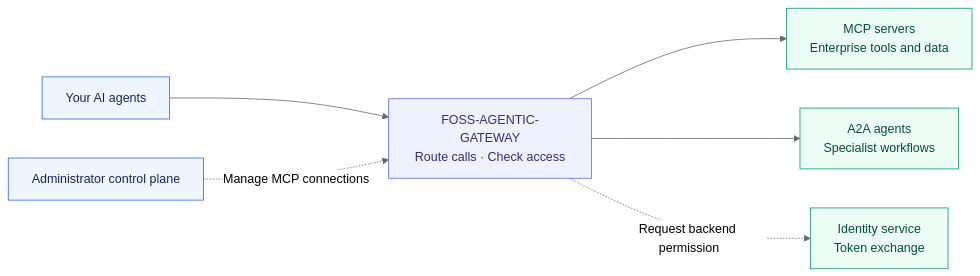
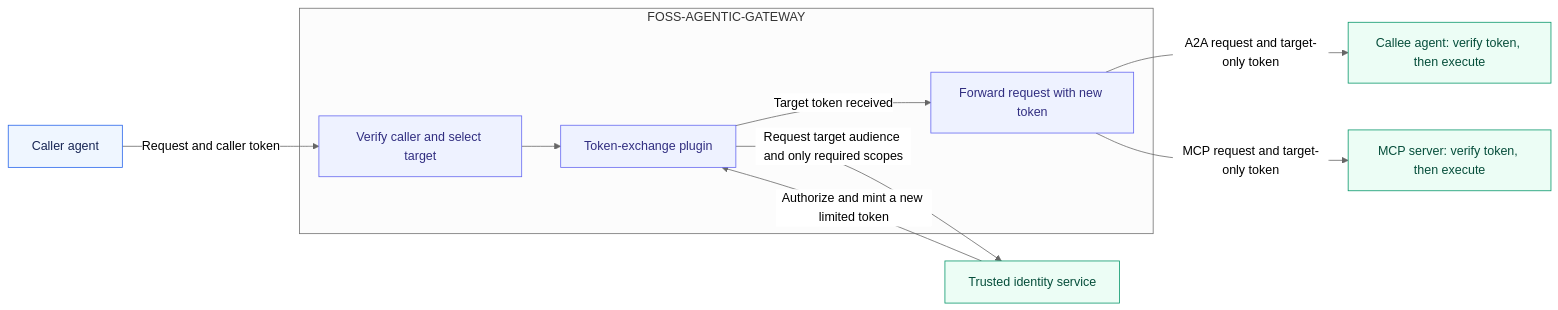
Before and after one commit to sanketrk/FOSS-AGENTIC-GATEWAY: the first of 3 diagrams in README.md, drawn with Mermaid (neutral theme). The commit also changed other lines of this file and 1 other file, not shown here.

Commit message:
Correct exchange diagrams to show issuance return and callee verification

````diff
--- a/README.md
+++ b/README.md
@@ -28,14 +28,25 @@
 ```mermaid
 flowchart LR
-    A["Your AI agents"] --> G["FOSS-AGENTIC-GATEWAY<br/>Route calls · Check access"]
-    C["Administrator control plane"] -. "Manage MCP connections" .-> G
-    G --> M["MCP servers<br/>Enterprise tools and data"]
-    G --> B["A2A agents<br/>Specialist workflows"]
-    G -. "Request backend permission" .-> I["Identity service<br/>Token exchange"]
+    callerAgent["Caller agent"]
+    subgraph gatewayProcess["FOSS-AGENTIC-GATEWAY"]
+        verifyCaller["Verify caller and select target"]
+        exchangePlugin["Token-exchange plugin"]
+        forwardCall["Forward request with new token"]
+        verifyCaller --> exchangePlugin
+        exchangePlugin -->|"Target token received"| forwardCall
+    end
+    identityService["Trusted identity service"]
+    calleeAgent["Callee agent: verify token, then execute"]
+    mcpServer["MCP server: verify token, then execute"]
+    callerAgent -->|"Request and caller token"| verifyCaller
+    exchangePlugin -->|"Request target audience and only required scopes"| identityService
+    identityService -->|"Authorize and mint a new limited token"| exchangePlugin
+    forwardCall -->|"A2A request and target-only token"| calleeAgent
+    forwardCall -->|"MCP request and target-only token"| mcpServer
     classDef caller fill:#eff6ff,stroke:#2563eb,color:#172554
     classDef gateway fill:#eef2ff,stroke:#6366f1,color:#312e81
-    classDef service fill:#ecfdf5,stroke:#059669,color:#064e3b
-    class A,C caller
-    class G gateway
-    class M,B,I service
+    classDef target fill:#ecfdf5,stroke:#059669,color:#064e3b
+    class callerAgent caller
+    class verifyCaller,exchangePlugin,forwardCall gateway
+    class identityService,calleeAgent,mcpServer target
 ```
````
